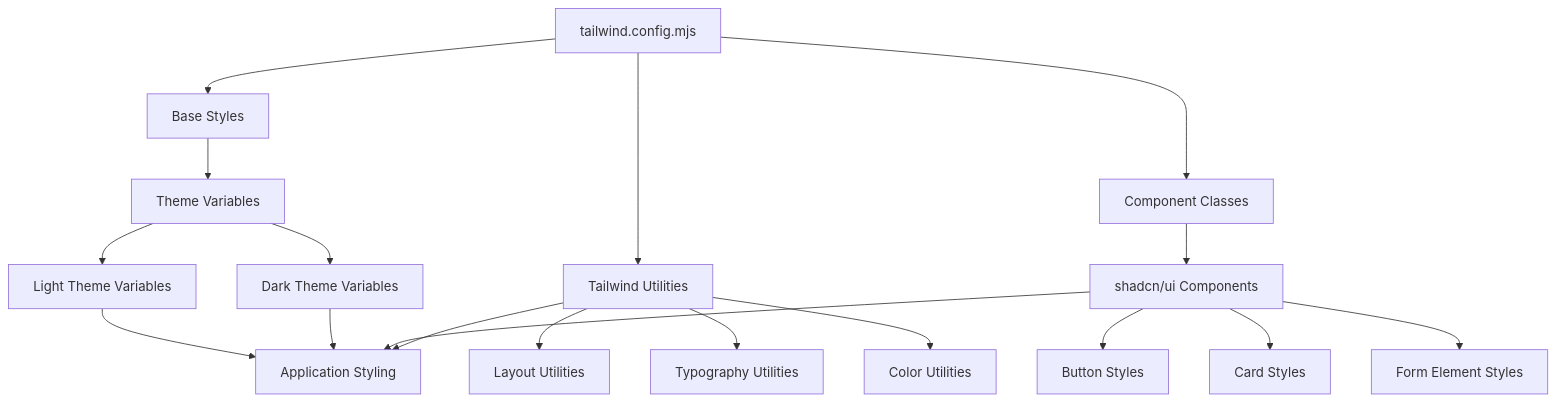
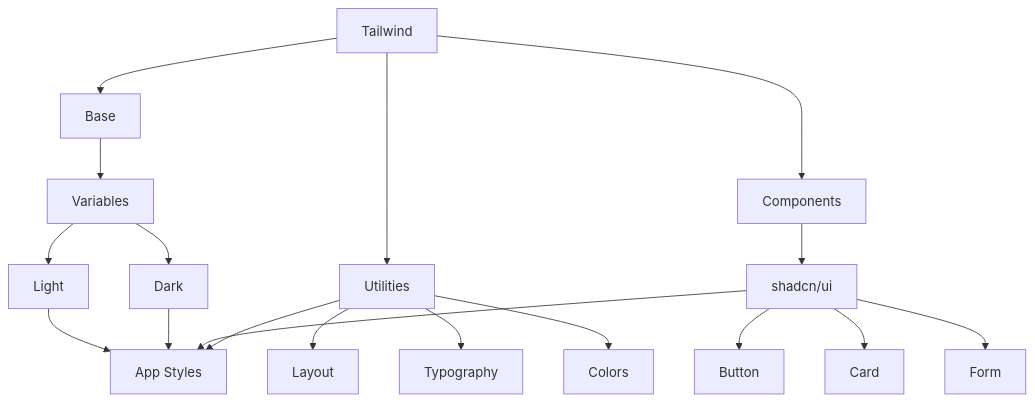
One commit to erfianugrah/pastebin changed the third of 3 diagrams in docs/FRONTEND_ARCHITECTURE.md. Above: the diagram before and after it, drawn with Mermaid. The commit also changed other lines of this file and 4 other files, not shown here.

Commit message:
updated mermaid diagrams

````diff
--- a/docs/FRONTEND_ARCHITECTURE.md
+++ b/docs/FRONTEND_ARCHITECTURE.md
@@ -144,24 +144,24 @@
 ```mermaid
 graph TD
-    TailwindConfig[tailwind.config.mjs] --> BaseStyles[Base Styles]
-    TailwindConfig --> Utilities[Tailwind Utilities]
-    TailwindConfig --> Components[Component Classes]
+    Config[Tailwind] --> Base[Base]
+    Config --> Utils[Utilities]
+    Config --> Comp[Components]
     
-    BaseStyles --> ThemeVariables[Theme Variables]
-    ThemeVariables --> LightTheme[Light Theme Variables]
-    ThemeVariables --> DarkTheme[Dark Theme Variables]
+    Base --> Vars[Variables]
+    Vars --> Light[Light]
+    Vars --> Dark[Dark]
     
-    Components --> ShadcnComponents[shadcn/ui Components]
-    ShadcnComponents --> Button[Button Styles]
-    ShadcnComponents --> Card[Card Styles]
-    ShadcnComponents --> Form[Form Element Styles]
+    Comp --> Shadcn[shadcn/ui]
+    Shadcn --> Btn[Button]
+    Shadcn --> Crd[Card]
+    Shadcn --> Frm[Form]
     
-    Utilities --> Layout[Layout Utilities]
-    Utilities --> Typography[Typography Utilities]
-    Utilities --> Colors[Color Utilities]
+    Utils --> Layout[Layout]
+    Utils --> Type[Typography]
+    Utils --> Clr[Colors]
     
-    LightTheme --> AppStyles[Application Styling]
-    DarkTheme --> AppStyles
-    ShadcnComponents --> AppStyles
-    Utilities --> AppStyles
+    Light --> Styles[App Styles]
+    Dark --> Styles
+    Shadcn --> Styles
+    Utils --> Styles
 ```
````
